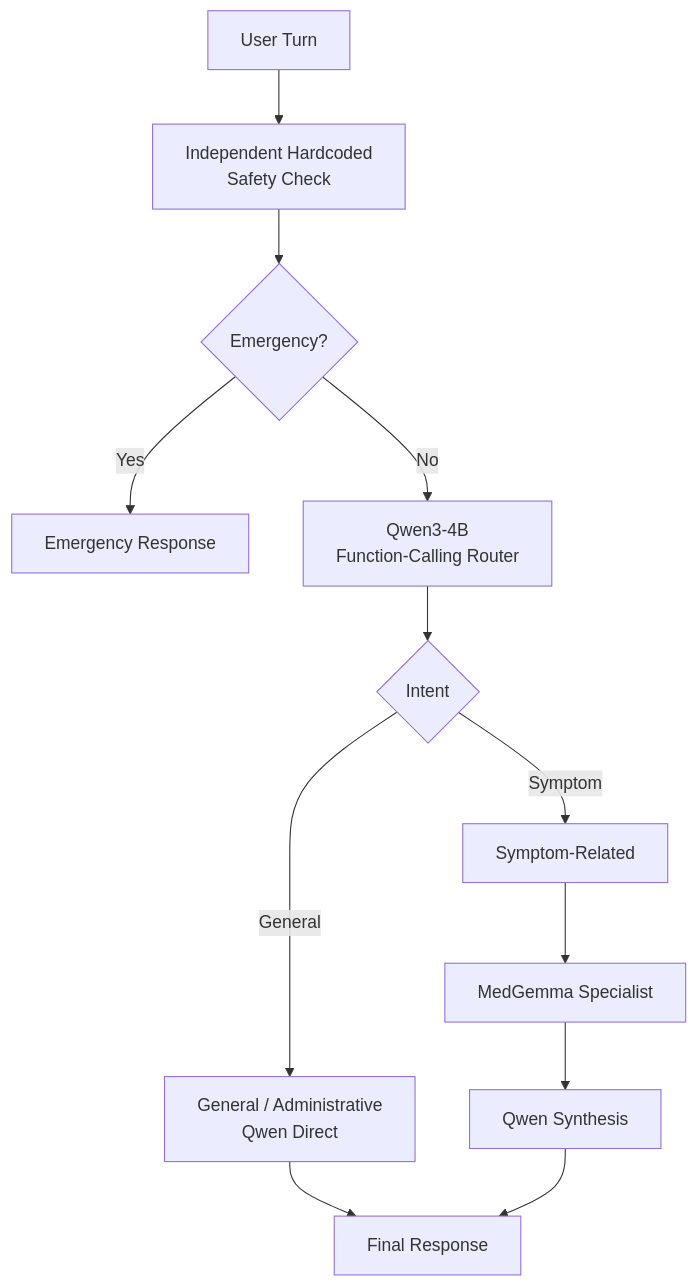
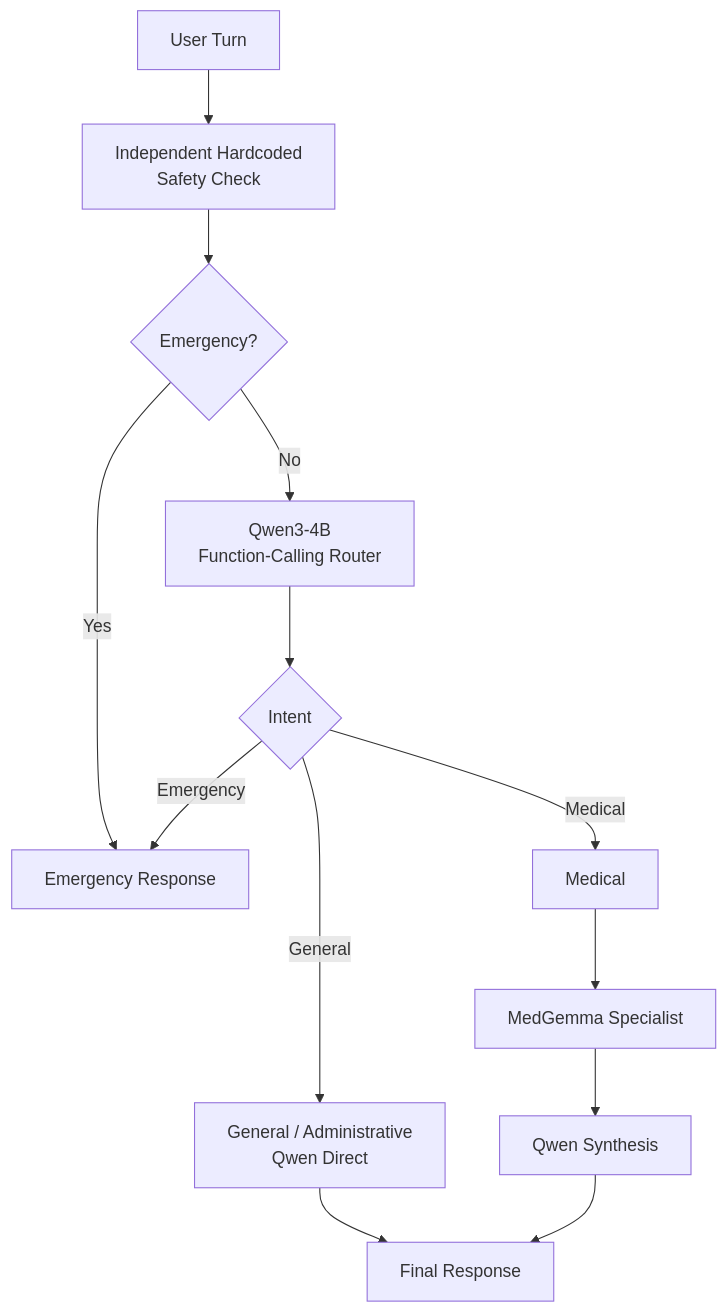
The seventh of 28 diagrams in architecture.md (theruderaw/medgemma-agent), drawn with Mermaid before and after one commit. The commit also changed other lines of this file and 14 other files, not shown here.

````diff
--- a/architecture.md
+++ b/architecture.md
@@ -514,31 +514,32 @@
 ```mermaid
 flowchart TD
     USER["User Turn"]
     SAFETY["Independent Hardcoded<br/>Safety Check"]
     EMERGENCY{"Emergency?"}
     EMERGENCY_PATH["Emergency Response"]
 
     QWEN["Qwen3-4B<br/>Function-Calling Router"]
     INTENT{"Intent"}
 
+    MEDICAL["Medical"]
     GENERAL["General / Administrative<br/>Qwen Direct"]
-    SYMPTOM["Symptom-Related"]
     MED["MedGemma Specialist"]
     SYNTH["Qwen Synthesis"]
     RESPONSE["Final Response"]
 
     USER --> SAFETY
     SAFETY --> EMERGENCY
 
     EMERGENCY -->|"Yes"| EMERGENCY_PATH
     EMERGENCY -->|"No"| QWEN
 
     QWEN --> INTENT
 
+    INTENT -->|"Emergency"| EMERGENCY_PATH
+    INTENT -->|"Medical"| MEDICAL
     INTENT -->|"General"| GENERAL
-    INTENT -->|"Symptom"| SYMPTOM
-    SYMPTOM --> MED
+    MEDICAL --> MED
     MED --> SYNTH
     GENERAL --> RESPONSE
     SYNTH --> RESPONSE
 ```
````
